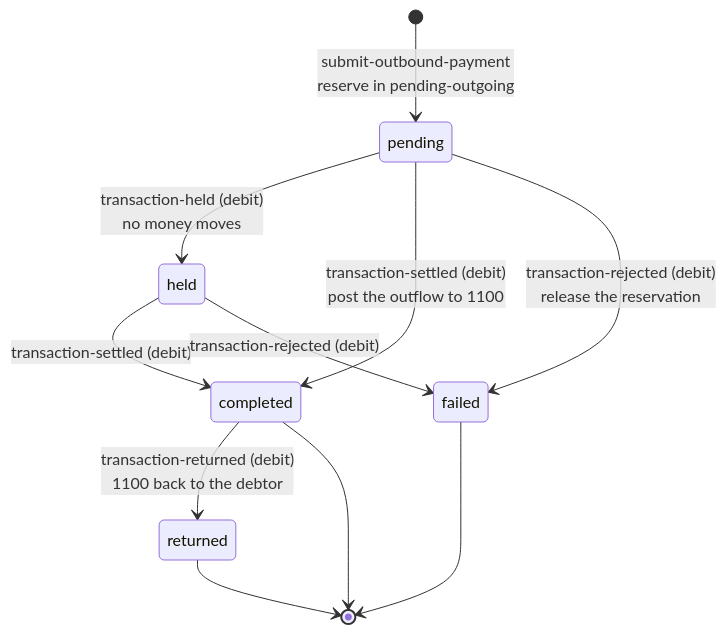
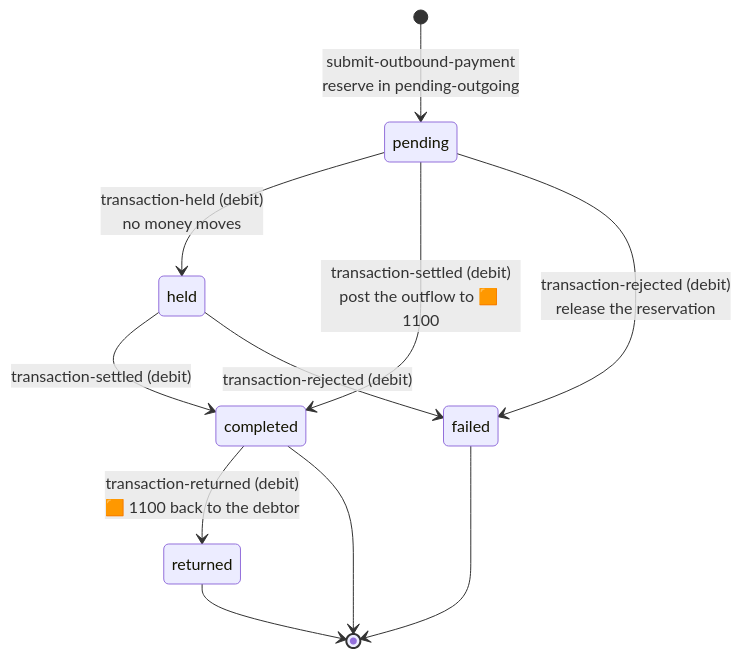
Before and after one commit to repldriven/queenswood: the first of 15 diagrams in docs/tdd/payments-outbound.md, drawn with Mermaid. The commit also changed other lines of this file and 3 other files, not shown here.

````diff
--- a/docs/tdd/payments-outbound.md
+++ b/docs/tdd/payments-outbound.md
@@ -49,13 +74,13 @@
 ```mermaid
 stateDiagram-v2
     [*] --> pending: submit-outbound-payment<br/>reserve in pending-outgoing
     pending --> held: transaction-held (debit)<br/>no money moves
-    pending --> completed: transaction-settled (debit)<br/>post the outflow to 1100
+    pending --> completed: transaction-settled (debit)<br/>post the outflow to 🟧 1100
     pending --> failed: transaction-rejected (debit)<br/>release the reservation
     held --> completed: transaction-settled (debit)
     held --> failed: transaction-rejected (debit)
-    completed --> returned: transaction-returned (debit)<br/>1100 back to the debtor
+    completed --> returned: transaction-returned (debit)<br/>🟧 1100 back to the debtor
     completed --> [*]
     failed --> [*]
     returned --> [*]
 ```
````
